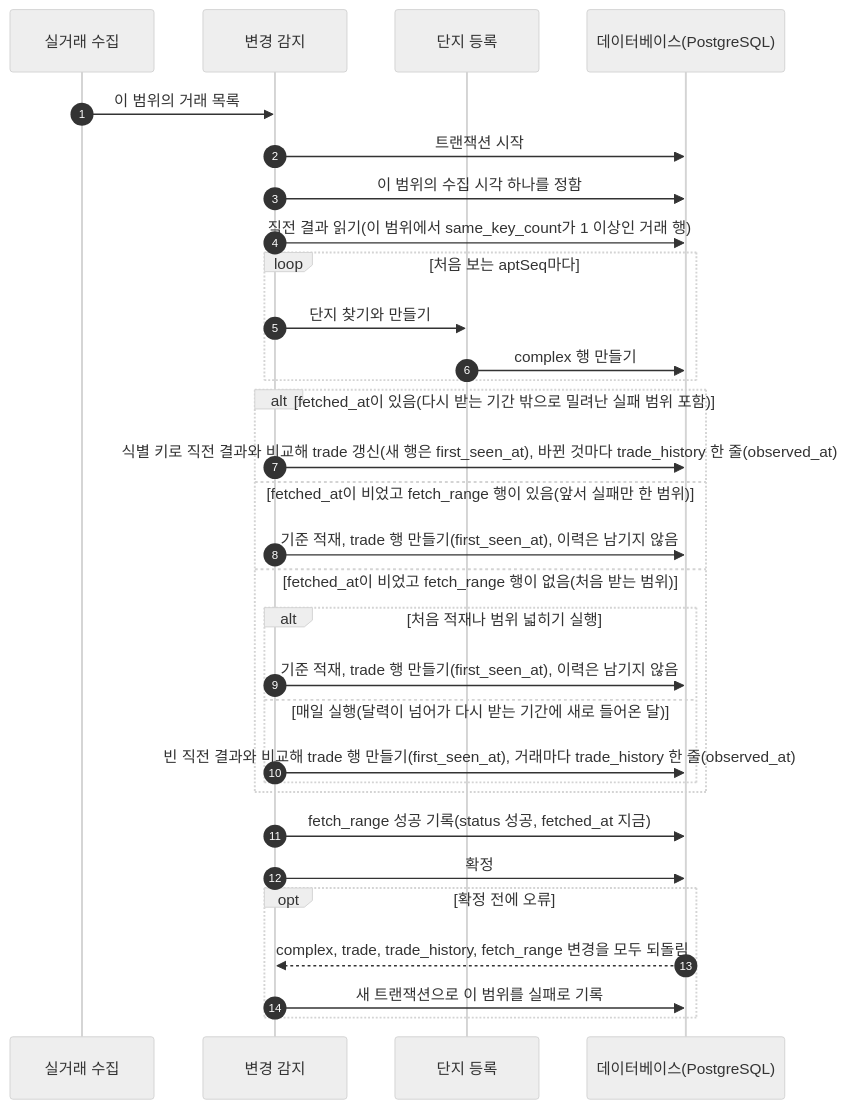
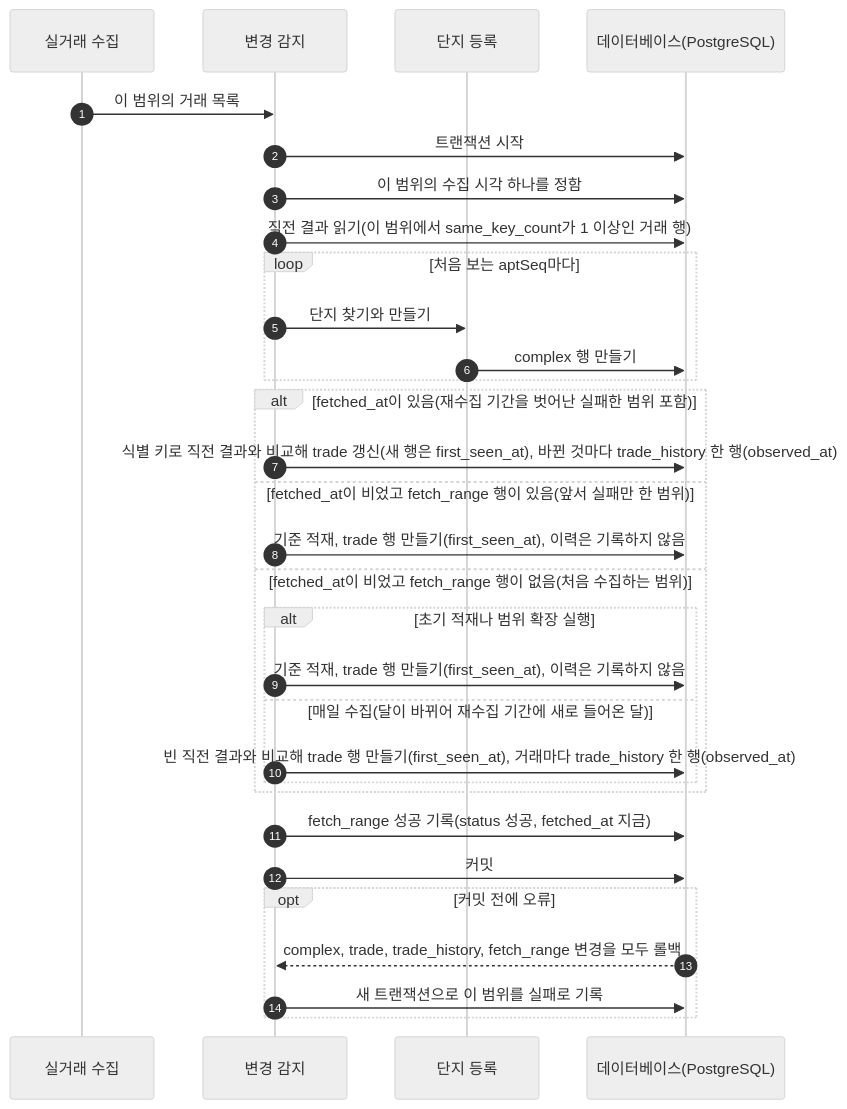
One commit to Park-Seung-Hun/real-estate changed the second of 12 diagrams in docs/architecture/flows.md. Above: the diagram before and after it, drawn with Mermaid (neutral theme). The commit also changed other lines of this file and 22 other files, not shown here.

````diff
--- a/docs/architecture/flows.md
+++ b/docs/architecture/flows.md
@@ -87,34 +88,34 @@
 ```mermaid
 sequenceDiagram
   autonumber
   participant fetch as 실거래 수집
   participant detect as 변경 감지
   participant reg as 단지 등록
   participant db as 데이터베이스(PostgreSQL)
 
   fetch->>detect: 이 범위의 거래 목록
   detect->>db: 트랜잭션 시작
   detect->>db: 이 범위의 수집 시각 하나를 정함
   detect->>db: 직전 결과 읽기(이 범위에서 same_key_count가 1 이상인 거래 행)
   loop 처음 보는 aptSeq마다
     detect->>reg: 단지 찾기와 만들기
     reg->>db: complex 행 만들기
   end
-  alt fetched_at이 있음(다시 받는 기간 밖으로 밀려난 실패 범위 포함)
-    detect->>db: 식별 키로 직전 결과와 비교해 trade 갱신(새 행은 first_seen_at), 바뀐 것마다 trade_history 한 줄(observed_at)
+  alt fetched_at이 있음(재수집 기간을 벗어난 실패한 범위 포함)
+    detect->>db: 식별 키로 직전 결과와 비교해 trade 갱신(새 행은 first_seen_at), 바뀐 것마다 trade_history 한 행(observed_at)
   else fetched_at이 비었고 fetch_range 행이 있음(앞서 실패만 한 범위)
-    detect->>db: 기준 적재, trade 행 만들기(first_seen_at), 이력은 남기지 않음
-  else fetched_at이 비었고 fetch_range 행이 없음(처음 받는 범위)
-    alt 처음 적재나 범위 넓히기 실행
-      detect->>db: 기준 적재, trade 행 만들기(first_seen_at), 이력은 남기지 않음
-    else 매일 실행(달력이 넘어가 다시 받는 기간에 새로 들어온 달)
-      detect->>db: 빈 직전 결과와 비교해 trade 행 만들기(first_seen_at), 거래마다 trade_history 한 줄(observed_at)
+    detect->>db: 기준 적재, trade 행 만들기(first_seen_at), 이력은 기록하지 않음
+  else fetched_at이 비었고 fetch_range 행이 없음(처음 수집하는 범위)
+    alt 초기 적재나 범위 확장 실행
+      detect->>db: 기준 적재, trade 행 만들기(first_seen_at), 이력은 기록하지 않음
+    else 매일 수집(달이 바뀌어 재수집 기간에 새로 들어온 달)
+      detect->>db: 빈 직전 결과와 비교해 trade 행 만들기(first_seen_at), 거래마다 trade_history 한 행(observed_at)
     end
   end
   detect->>db: fetch_range 성공 기록(status 성공, fetched_at 지금)
-  detect->>db: 확정
-  opt 확정 전에 오류
-    db-->>detect: complex, trade, trade_history, fetch_range 변경을 모두 되돌림
+  detect->>db: 커밋
+  opt 커밋 전에 오류
+    db-->>detect: complex, trade, trade_history, fetch_range 변경을 모두 롤백
     detect->>db: 새 트랜잭션으로 이 범위를 실패로 기록
   end
 ```
````
